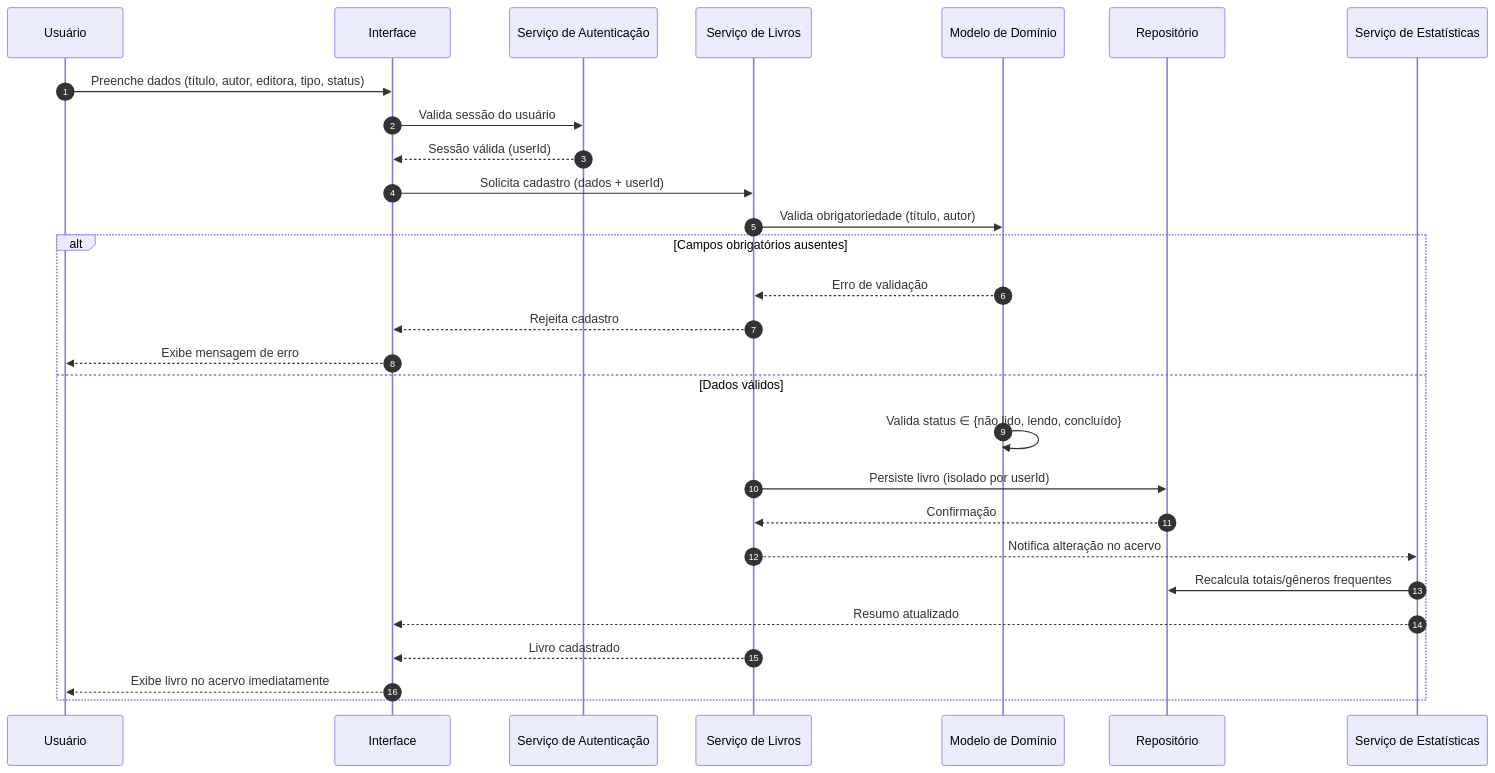
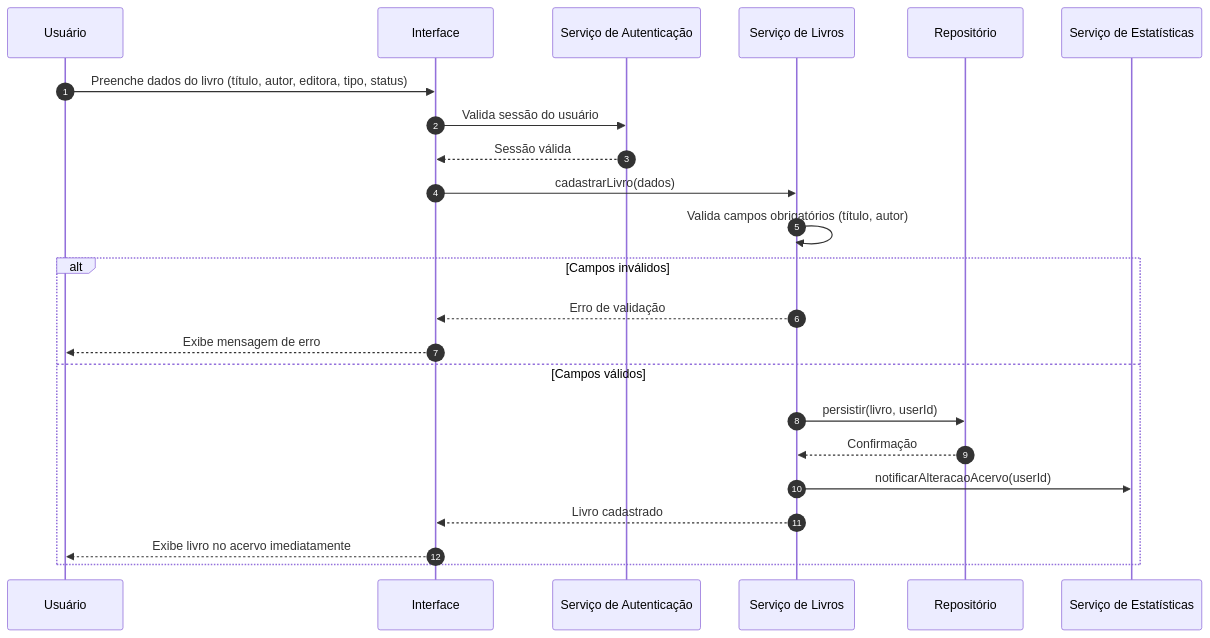
The third of 4 diagrams in docs/Time_2_Design/analise-qualitativa/outputs/relatorio_claude_opus_4_8_P04.md (PDC-ESIA/AI4ES), drawn with Mermaid before and after one commit. The commit also changed other lines of this file and 107 other files, not shown here.

````diff
--- a/docs/Time_2_Design/analise-qualitativa/outputs/relatorio_claude_opus_4_8_P04.md
+++ b/docs/Time_2_Design/analise-qualitativa/outputs/relatorio_claude_opus_4_8_P04.md
@@ -78,31 +131,26 @@
 ```mermaid
 sequenceDiagram
     autonumber
     participant U as Usuário
     participant UI as Interface
-    participant AUTH as Serviço de Autenticação
-    participant BOOK as Serviço de Livros
-    participant DM as Modelo de Domínio
-    participant REPO as Repositório
-    participant STATS as Serviço de Estatísticas
+    participant Auth as Serviço de Autenticação
+    participant BS as Serviço de Livros
+    participant R as Repositório
+    participant ST as Serviço de Estatísticas
 
-    U->>UI: Preenche dados (título, autor, editora, tipo, status)
-    UI->>AUTH: Valida sessão do usuário
-    AUTH-->>UI: Sessão válida (userId)
-    UI->>BOOK: Solicita cadastro (dados + userId)
-    BOOK->>DM: Valida obrigatoriedade (título, autor)
-    alt Campos obrigatórios ausentes
-        DM-->>BOOK: Erro de validação
-        BOOK-->>UI: Rejeita cadastro
+    U->>UI: Preenche dados do livro (título, autor, editora, tipo, status)
+    UI->>Auth: Valida sessão do usuário
+    Auth-->>UI: Sessão válida
+    UI->>BS: cadastrarLivro(dados)
+    BS->>BS: Valida campos obrigatórios (título, autor)
+    alt Campos inválidos
+        BS-->>UI: Erro de validação
         UI-->>U: Exibe mensagem de erro
-    else Dados válidos
-        DM->>DM: Valida status ∈ {não lido, lendo, concluído}
-        BOOK->>REPO: Persiste livro (isolado por userId)
-        REPO-->>BOOK: Confirmação
-        BOOK-->>STATS: Notifica alteração no acervo
-        STATS->>REPO: Recalcula totais/gêneros frequentes
-        STATS-->>UI: Resumo atualizado
-        BOOK-->>UI: Livro cadastrado
+    else Campos válidos
+        BS->>R: persistir(livro, userId)
+        R-->>BS: Confirmação
+        BS->>ST: notificarAlteracaoAcervo(userId)
+        BS-->>UI: Livro cadastrado
         UI-->>U: Exibe livro no acervo imediatamente
     end
 ```
````
